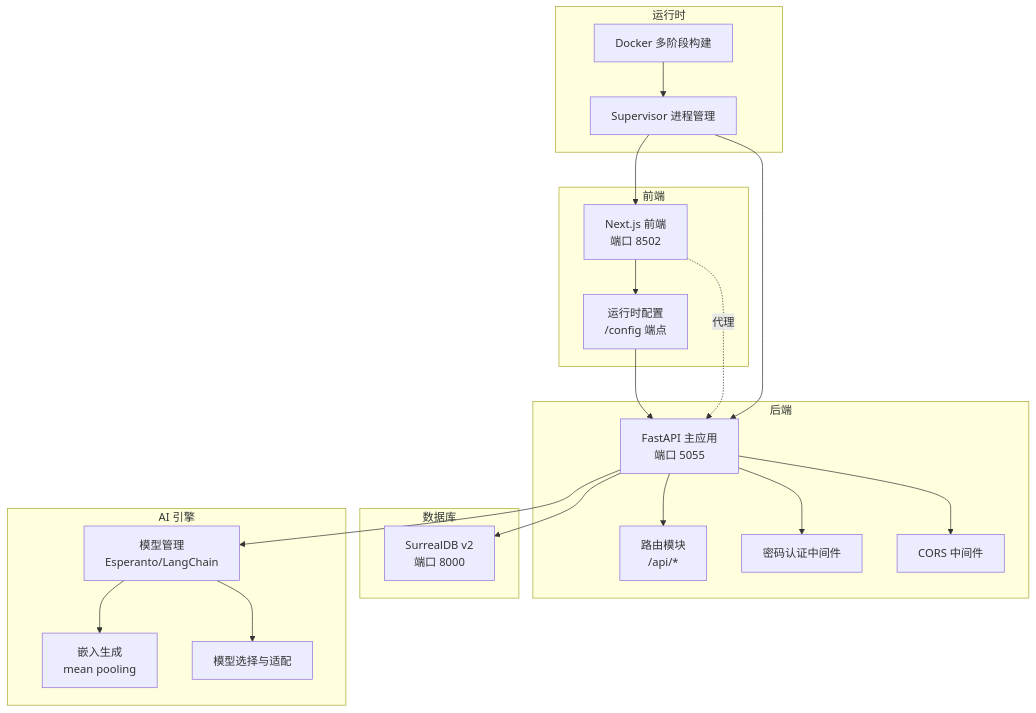
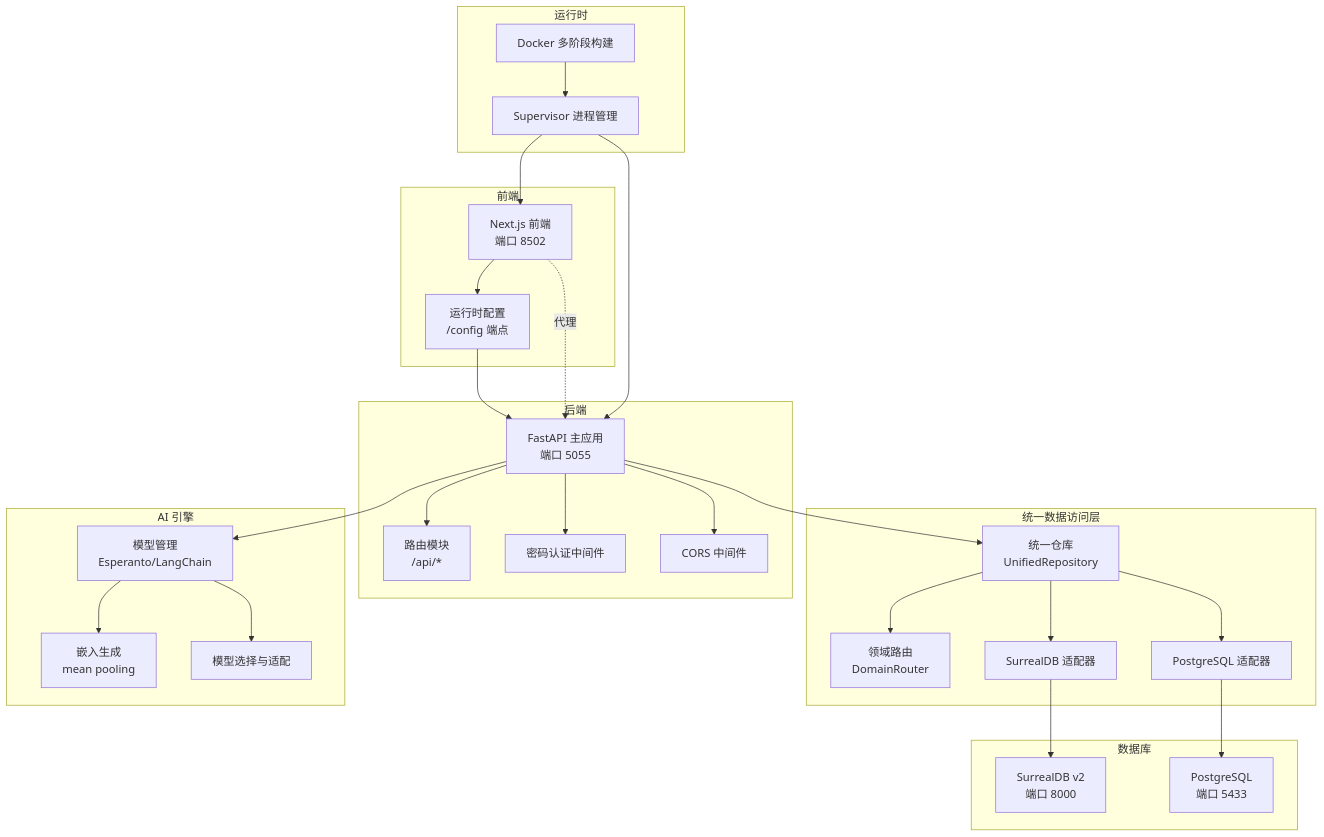
The first of 9 diagrams in .qoder/repowiki/zh/content/项目概述/技术栈概览.md (jackeyunjie/open-notebook), drawn with Mermaid before and after one commit. The commit also changed other lines of this file and 51 other files, not shown here.

````diff
--- a/.qoder/repowiki/zh/content/项目概述/技术栈概览.md
+++ b/.qoder/repowiki/zh/content/项目概述/技术栈概览.md
@@ -45,38 +56,50 @@
 ```mermaid
 graph TB
 subgraph "前端"
 FE_Next["Next.js 前端<br/>端口 8502"]
 FE_Config["运行时配置<br/>/config 端点"]
 end
 subgraph "后端"
 API_FastAPI["FastAPI 主应用<br/>端口 5055"]
 Routers["路由模块<br/>/api/*"]
 AuthMW["密码认证中间件"]
 CORS_MW["CORS 中间件"]
 end
+subgraph "统一数据访问层"
+UNIFIED["统一仓库<br/>UnifiedRepository"]
+DOMAIN_ROUTER["领域路由<br/>DomainRouter"]
+ADAPTER_SURREAL["SurrealDB 适配器"]
+ADAPTER_PG["PostgreSQL 适配器"]
+end
 subgraph "数据库"
 DB_Surreal["SurrealDB v2<br/>端口 8000"]
+DB_PG["PostgreSQL<br/>端口 5433"]
 end
 subgraph "AI 引擎"
 AI_Models["模型管理<br/>Esperanto/LangChain"]
 AI_Embed["嵌入生成<br/>mean pooling"]
 AI_Provision["模型选择与适配"]
 end
 subgraph "运行时"
 Supervisor["Supervisor 进程管理"]
 Docker["Docker 多阶段构建"]
 end
 FE_Next --> FE_Config
 FE_Config --> API_FastAPI
 FE_Next -. 代理 .-> API_FastAPI
 API_FastAPI --> Routers
 API_FastAPI --> AuthMW
 API_FastAPI --> CORS_MW
-API_FastAPI --> DB_Surreal
+UNIFIED --> DOMAIN_ROUTER
+UNIFIED --> ADAPTER_SURREAL
+UNIFIED --> ADAPTER_PG
+ADAPTER_SURREAL --> DB_Surreal
+ADAPTER_PG --> DB_PG
+API_FastAPI --> UNIFIED
 API_FastAPI --> AI_Models
 AI_Models --> AI_Embed
 AI_Models --> AI_Provision
 Supervisor --> API_FastAPI
 Supervisor --> FE_Next
 Docker --> Supervisor
 ```
````
